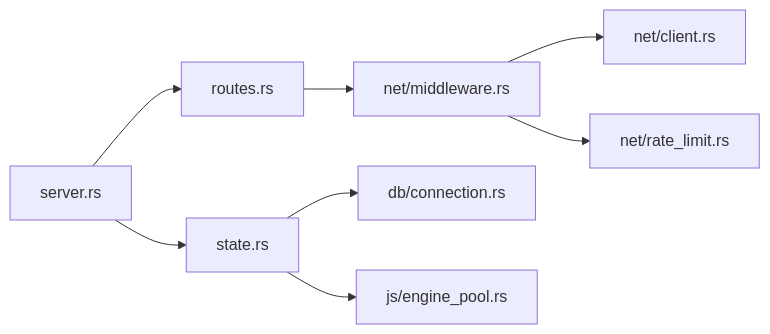
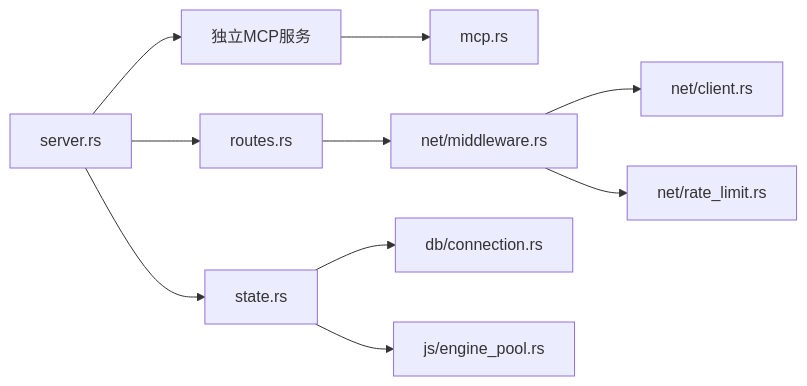
Before and after one commit to ZhangGHGitHub/LegadoTeamFlutter: diagram 12 of 12 in .qoder/repowiki/zh/content/同步服务/服务端架构.md, drawn with Mermaid. The commit also changed other lines of this file and 173 other files, not shown here.

````diff
--- a/.qoder/repowiki/zh/content/同步服务/服务端架构.md
+++ b/.qoder/repowiki/zh/content/同步服务/服务端架构.md
@@ -408,10 +464,12 @@
 ```mermaid
 graph LR
 Server["server.rs"] --> Routes["routes.rs"]
 Server --> State["state.rs"]
+Server --> MCPServer["独立MCP服务"]
+MCPServer --> MCPHandlers["mcp.rs"]
 Routes --> NetMW["net/middleware.rs"]
 State --> DBConn["db/connection.rs"]
 State --> JS.Pool["js/engine_pool.rs"]
 NetMW --> NetClient["net/client.rs"]
 NetMW --> NetRL["net/rate_limit.rs"]
 ```
````
